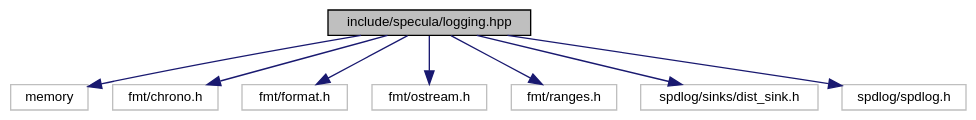
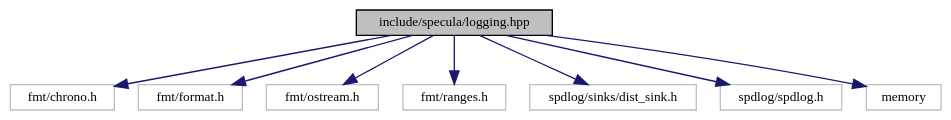
One commit to LuxAter/Specula changed the diagram in logging_8hpp__incl.dot. Above: the diagram before and after it, drawn with Graphviz. The commit also changed 44 other files, not shown here.

```diff
--- a/logging_8hpp__incl.dot
+++ b/logging_8hpp__incl.dot
@@ -1,22 +1,22 @@
 digraph "include/specula/logging.hpp"
 {
  // LATEX_PDF_SIZE
   bgcolor="transparent";
-  edge [fontname="Helvetica",fontsize="10",labelfontname="Helvetica",labelfontsize="10"];
-  node [fontname="Helvetica",fontsize="10",shape=record];
+  edge [fontname="Iosevka",fontsize="10",labelfontname="Iosevka",labelfontsize="10"];
+  node [fontname="Iosevka",fontsize="10",shape=record];
   Node1 [label="include/specula/logging.hpp",height=0.2,width=0.4,color="black", fillcolor="grey75", style="filled", fontcolor="black",tooltip="Specula logging handler wrapping spdlog."];
-  Node1 -> Node2 [color="midnightblue",fontsize="10",style="solid",fontname="Helvetica"];
-  Node2 [label="memory",height=0.2,width=0.4,color="grey75",tooltip=" "];
-  Node1 -> Node3 [color="midnightblue",fontsize="10",style="solid",fontname="Helvetica"];
-  Node3 [label="fmt/chrono.h",height=0.2,width=0.4,color="grey75",tooltip=" "];
-  Node1 -> Node4 [color="midnightblue",fontsize="10",style="solid",fontname="Helvetica"];
-  Node4 [label="fmt/format.h",height=0.2,width=0.4,color="grey75",tooltip=" "];
-  Node1 -> Node5 [color="midnightblue",fontsize="10",style="solid",fontname="Helvetica"];
-  Node5 [label="fmt/ostream.h",height=0.2,width=0.4,color="grey75",tooltip=" "];
-  Node1 -> Node6 [color="midnightblue",fontsize="10",style="solid",fontname="Helvetica"];
-  Node6 [label="fmt/ranges.h",height=0.2,width=0.4,color="grey75",tooltip=" "];
-  Node1 -> Node7 [color="midnightblue",fontsize="10",style="solid",fontname="Helvetica"];
-  Node7 [label="spdlog/sinks/dist_sink.h",height=0.2,width=0.4,color="grey75",tooltip=" "];
-  Node1 -> Node8 [color="midnightblue",fontsize="10",style="solid",fontname="Helvetica"];
-  Node8 [label="spdlog/spdlog.h",height=0.2,width=0.4,color="grey75",tooltip=" "];
+  Node1 -> Node2 [color="midnightblue",fontsize="10",style="solid",fontname="Iosevka"];
+  Node2 [label="fmt/chrono.h",height=0.2,width=0.4,color="grey75",tooltip=" "];
+  Node1 -> Node3 [color="midnightblue",fontsize="10",style="solid",fontname="Iosevka"];
+  Node3 [label="fmt/format.h",height=0.2,width=0.4,color="grey75",tooltip=" "];
+  Node1 -> Node4 [color="midnightblue",fontsize="10",style="solid",fontname="Iosevka"];
+  Node4 [label="fmt/ostream.h",height=0.2,width=0.4,color="grey75",tooltip=" "];
+  Node1 -> Node5 [color="midnightblue",fontsize="10",style="solid",fontname="Iosevka"];
+  Node5 [label="fmt/ranges.h",height=0.2,width=0.4,color="grey75",tooltip=" "];
+  Node1 -> Node6 [color="midnightblue",fontsize="10",style="solid",fontname="Iosevka"];
+  Node6 [label="spdlog/sinks/dist_sink.h",height=0.2,width=0.4,color="grey75",tooltip=" "];
+  Node1 -> Node7 [color="midnightblue",fontsize="10",style="solid",fontname="Iosevka"];
+  Node7 [label="spdlog/spdlog.h",height=0.2,width=0.4,color="grey75",tooltip=" "];
+  Node1 -> Node8 [color="midnightblue",fontsize="10",style="solid",fontname="Iosevka"];
+  Node8 [label="memory",height=0.2,width=0.4,color="grey75",tooltip=" "];
 }
```
